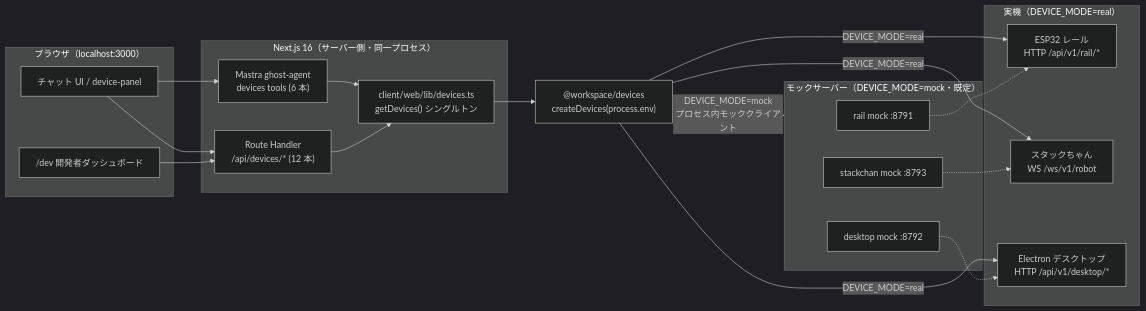
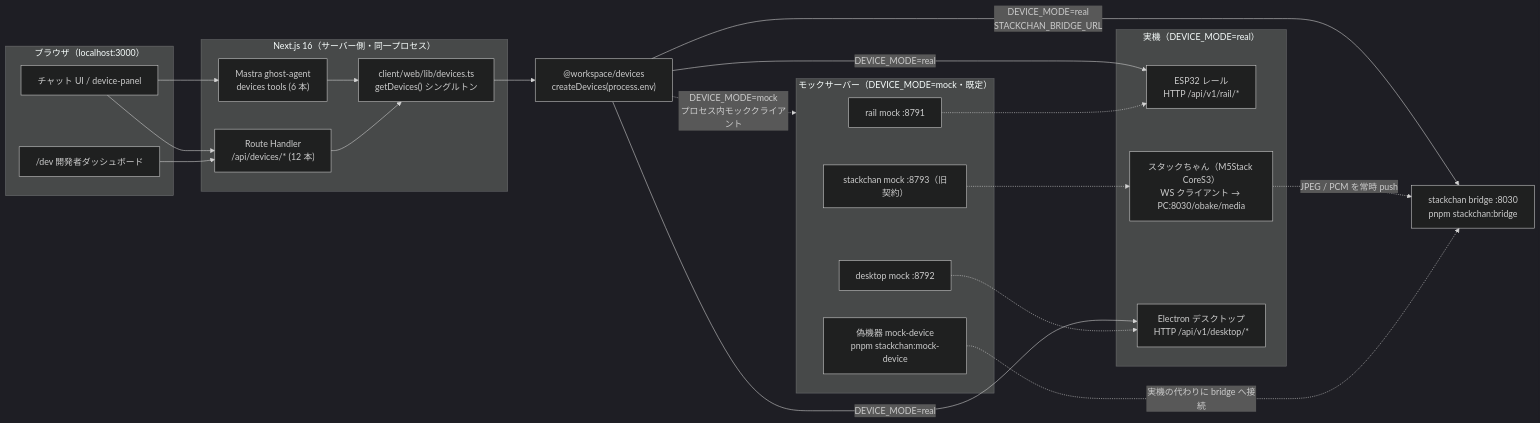
Before and after one commit to Tebaeleven/ElectricSheep-100bus: the diagram in docs/runbooks/devices.md, drawn with Mermaid (dark theme). The commit also changed other lines of this file and 13 other files, not shown here.

First line of the commit message:
feat(stackchan): B 方式ブリッジと SDK headSet を統合しファーム実測の可動範囲に合わせる

````diff
--- a/docs/runbooks/devices.md
+++ b/docs/runbooks/devices.md
@@ -11,41 +11,45 @@
 ```mermaid
 flowchart LR
   subgraph Browser["ブラウザ（localhost:3000）"]
     UI["チャット UI / device-panel"]
     DEV["/dev 開発者ダッシュボード"]
   end
 
   subgraph Next["Next.js 16（サーバー側・同一プロセス）"]
     RH["Route Handler<br/>/api/devices/* (12 本)"]
     MA["Mastra ghost-agent<br/>devices tools (6 本)"]
     LIB["client/web/lib/devices.ts<br/>getDevices() シングルトン"]
   end
 
   SDK["@workspace/devices<br/>createDevices(process.env)"]
 
   subgraph Real["実機（DEVICE_MODE=real）"]
     ESP["ESP32 レール<br/>HTTP /api/v1/rail/*"]
-    STK["スタックちゃん<br/>WS /ws/v1/robot"]
+    STK["スタックちゃん（M5Stack CoreS3）<br/>WS クライアント → PC:8030/obake/media"]
     ELE["Electron デスクトップ<br/>HTTP /api/v1/desktop/*"]
   end
 
   subgraph Mock["モックサーバー（DEVICE_MODE=mock・既定）"]
     MR["rail mock :8791"]
     MD["desktop mock :8792"]
-    MS["stackchan mock :8793"]
+    MS["stackchan mock :8793（旧契約）"]
+    MDEV["偽機器 mock-device<br/>pnpm stackchan:mock-device"]
   end
 
   UI --> RH
   DEV --> RH
   UI --> MA
   MA --> LIB
   RH --> LIB
   LIB --> SDK
   SDK -->|"DEVICE_MODE=real"| ESP
-  SDK -->|"DEVICE_MODE=real"| STK
+  SDK -->|"DEVICE_MODE=real<br/>STACKCHAN_BRIDGE_URL"| BR
+  BR["stackchan bridge :8030<br/>pnpm stackchan:bridge"]
+  STK -.->|"JPEG / PCM を常時 push"| BR
   SDK -->|"DEVICE_MODE=real"| ELE
   SDK -.->|"DEVICE_MODE=mock<br/>プロセス内モッククライアント"| Mock
   MR -.-> ESP
   MD -.-> ELE
   MS -.-> STK
+  MDEV -.->|"実機の代わりに bridge へ接続"| BR
 ```
````
